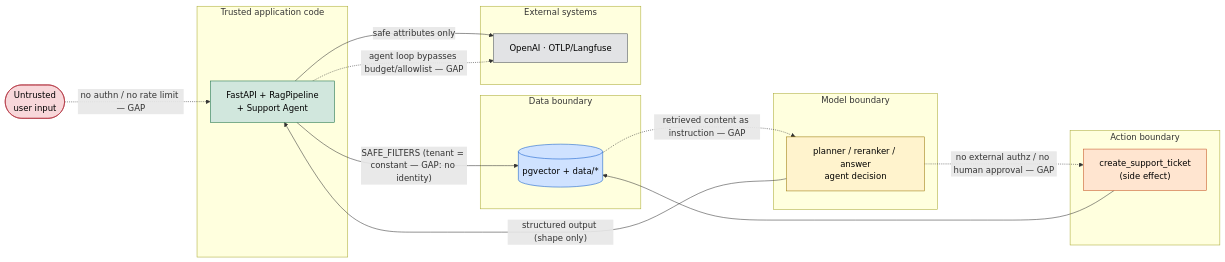
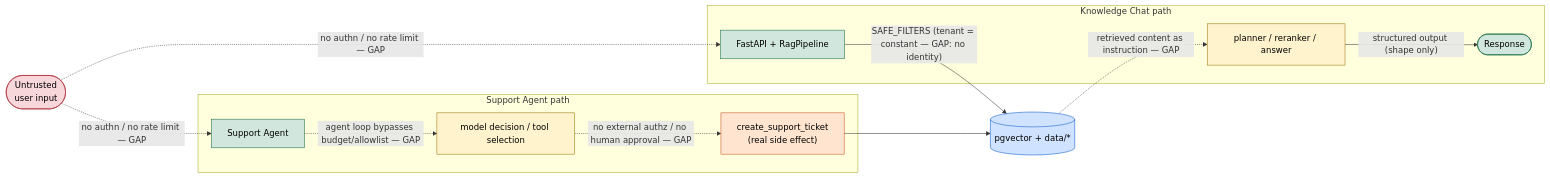
One commit to james-freitas/mba-ia-rag-fullcycle changed the third of 3 diagrams in docs/security-threat-model.md. Above: the diagram before and after it, drawn with Mermaid. The commit also changed other lines of this file and 4 other files, not shown here.

````diff
--- a/docs/security-threat-model.md
+++ b/docs/security-threat-model.md
@@ -712,40 +749,35 @@
 ```mermaid
 flowchart LR
     U([Untrusted<br/>user input]):::untrusted
 
-    subgraph TRUST[Trusted application code]
-        APIB["FastAPI + RagPipeline<br/>+ Support Agent"]:::trusted
+    subgraph KC[Knowledge Chat path]
+        KCAPP["FastAPI + RagPipeline"]:::trusted
+        KCM["planner / reranker / answer"]:::model
+        RESP([Response]):::trusted
     end
 
-    subgraph MODELB[Model boundary]
-        M["planner / reranker / answer<br/>agent decision"]:::model
+    subgraph AG[Support Agent path]
+        AGAPP["Support Agent"]:::trusted
+        AGM["model decision / tool selection"]:::model
+        TOOL["create_support_ticket<br/>(real side effect)"]:::action
     end
 
-    subgraph DATAB[Data boundary]
-        VS[("pgvector + data/*")]:::data
-    end
+    VS[("pgvector + data/*")]:::data
 
-    subgraph ACTB[Action boundary]
-        ACT["create_support_ticket<br/>(side effect)"]:::action
-    end
+    U -.->|"no authn / no rate limit — GAP"| KCAPP
+    U -.->|"no authn / no rate limit — GAP"| AGAPP
 
-    subgraph EXTB[External systems]
-        E["OpenAI · OTLP/Langfuse"]:::external
-    end
+    KCAPP -->|"SAFE_FILTERS (tenant = constant — GAP: no identity)"| VS
+    VS -.->|"retrieved content as instruction — GAP"| KCM
+    KCM -->|"structured output (shape only)"| RESP
 
-    U -.->|"no authn / no rate limit — GAP"| APIB
-    APIB -->|"SAFE_FILTERS (tenant = constant — GAP: no identity)"| VS
-    VS -.->|"retrieved content as instruction — GAP"| M
-    M -->|"structured output (shape only)"| APIB
-    M -.->|"no external authz / no human approval — GAP"| ACT
-    ACT --> VS
-    APIB -->|"safe attributes only"| E
-    APIB -.->|"agent loop bypasses budget/allowlist — GAP"| E
+    AGAPP -.->|"agent loop bypasses budget/allowlist — GAP"| AGM
+    AGM -.->|"no external authz / no human approval — GAP"| TOOL
+    TOOL --> VS
 
     classDef untrusted fill:#f8d7da,stroke:#b02a37,color:#000;
     classDef trusted fill:#d1e7dd,stroke:#146c43,color:#000;
     classDef model fill:#fff3cd,stroke:#997404,color:#000;
     classDef data fill:#cfe2ff,stroke:#0a58ca,color:#000;
     classDef action fill:#ffe5d0,stroke:#c4531f,color:#000;
-    classDef external fill:#e2e3e5,stroke:#495057,color:#000;
 ```
````
